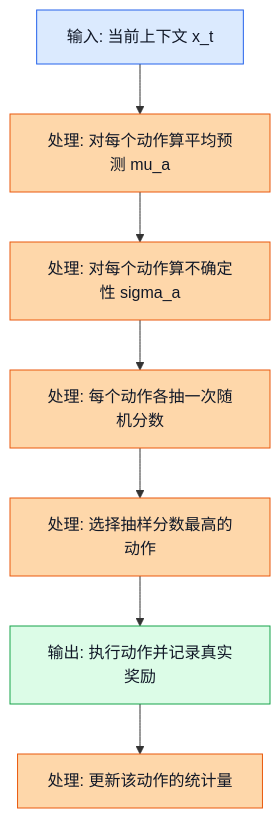
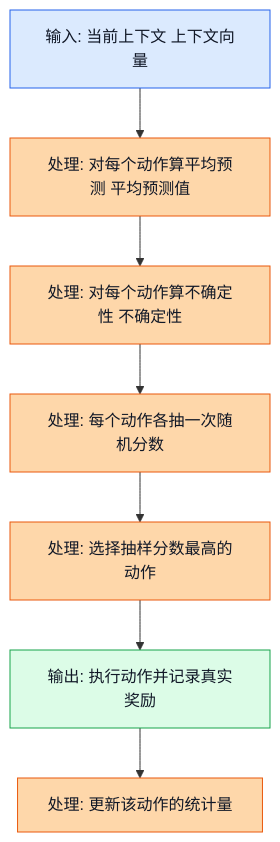
One commit to Mrphase/RL-Doc changed the fourth of 6 diagrams in learn/05_Contextual_Bandits.md. Above: the diagram before and after it, drawn with Mermaid. The commit also changed other lines of this file and 14 other files, not shown here.

First line of the commit message:
fix: clean mermaid labels in learn docs

````diff
--- a/learn/05_Contextual_Bandits.md
+++ b/learn/05_Contextual_Bandits.md
@@ -848,17 +848,17 @@
 ```mermaid
 flowchart TD
-    A[输入: 当前上下文 x_t] --> B[处理: 对每个动作算平均预测 mu_a]
-    B --> C[处理: 对每个动作算不确定性 sigma_a]
+    A[输入: 当前上下文 上下文向量] --> B[处理: 对每个动作算平均预测 平均预测值]
+    B --> C[处理: 对每个动作算不确定性 不确定性]
     C --> D[处理: 每个动作各抽一次随机分数]
     D --> E[处理: 选择抽样分数最高的动作]
     E --> F[输出: 执行动作并记录真实奖励]
     F --> G[处理: 更新该动作的统计量]
 
     classDef input fill:#dbeafe,stroke:#2563eb,color:#111827;
     classDef process fill:#fed7aa,stroke:#ea580c,color:#111827;
     classDef output fill:#dcfce7,stroke:#16a34a,color:#111827;
 
     class A input
     class B,C,D,E,G process
     class F output
 ```
````
